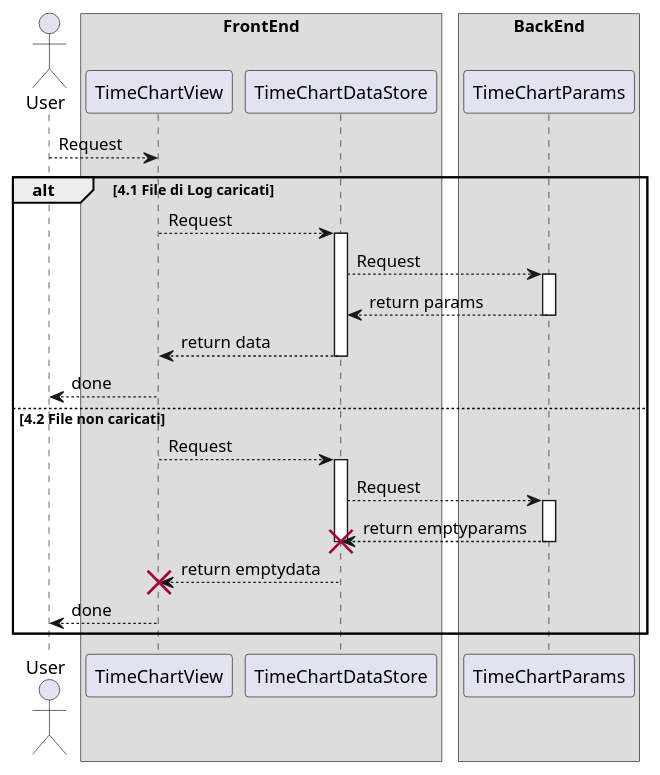
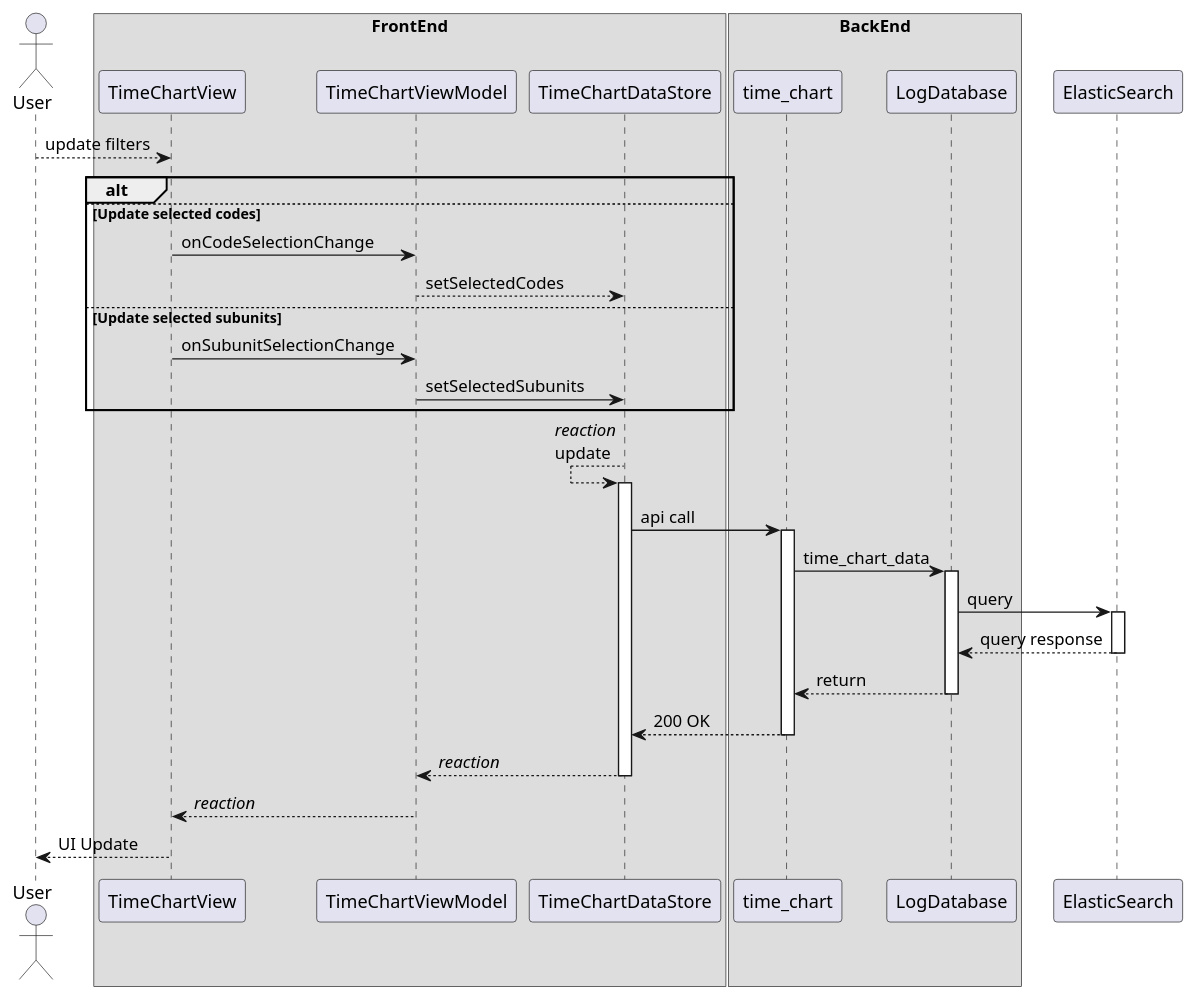
One commit to sevenelevendevunipd/docs changed diagram 13 of 13 in allegato_tecnico.md. Above: the diagram before and after it, drawn with PlantUML. The commit also changed other lines of this file, not shown here.

````diff
--- a/allegato_tecnico.md
+++ b/allegato_tecnico.md
@@ -770,34 +960,47 @@
 ```{ .plantuml caption="Diagramma S6"}
 @startuml
 actor User
 box "FrontEnd"
 participant TimeChartView
+participant TimeChartViewModel
 participant TimeChartDataStore
 end box
 box "BackEnd"
-participant TimeChartParams
+participant time_chart
+participant LogDatabase
 end box
-User-->TimeChartView:Request
-alt 4.1 File di Log caricati
-TimeChartView-->TimeChartDataStore:Request
+participant ElasticSearch
+
+User --> TimeChartView: update filters
+
+alt
+else Update selected codes
+TimeChartView -> TimeChartViewModel: onCodeSelectionChange
+TimeChartViewModel --> TimeChartDataStore: setSelectedCodes
+else Update selected subunits
+TimeChartView -> TimeChartViewModel: onSubunitSelectionChange
+TimeChartViewModel -> TimeChartDataStore: setSelectedSubunits
+end
+
+TimeChartDataStore <-- TimeChartDataStore: //reaction//\nupdate
 activate TimeChartDataStore
-TimeChartDataStore-->TimeChartParams:Request
-activate TimeChartParams
-TimeChartDataStore<--TimeChartParams:return params
-deactivate TimeChartParams
-TimeChartView<--TimeChartDataStore  :return data
+TimeChartDataStore -> time_chart: api call
+activate time_chart
+time_chart -> LogDatabase: time_chart_data
+activate LogDatabase
+LogDatabase -> ElasticSearch: query
+activate ElasticSearch
+LogDatabase <-- ElasticSearch: query response
+deactivate ElasticSearch
+time_chart <-- LogDatabase: return
+deactivate LogDatabase
+TimeChartDataStore <-- time_chart: 200 OK
+deactivate time_chart
+TimeChartViewModel <-- TimeChartDataStore: //reaction//
 deactivate TimeChartDataStore
-User<--TimeChartView:done
-else 4.2 File non caricati
-TimeChartView-->TimeChartDataStore:Request
-activate TimeChartDataStore
-TimeChartDataStore-->TimeChartParams:Request
-activate TimeChartParams
-TimeChartDataStore<--TimeChartParams !! :return emptyparams
-deactivate TimeChartParams
-TimeChartView<--TimeChartDataStore  !!:return emptydata
-deactivate TimeChartDataStore
-User<--TimeChartView:done
-end
+TimeChartView <-- TimeChartViewModel: //reaction//
+
+User <-- TimeChartView: UI Update
+
 @enduml
 ```
````
